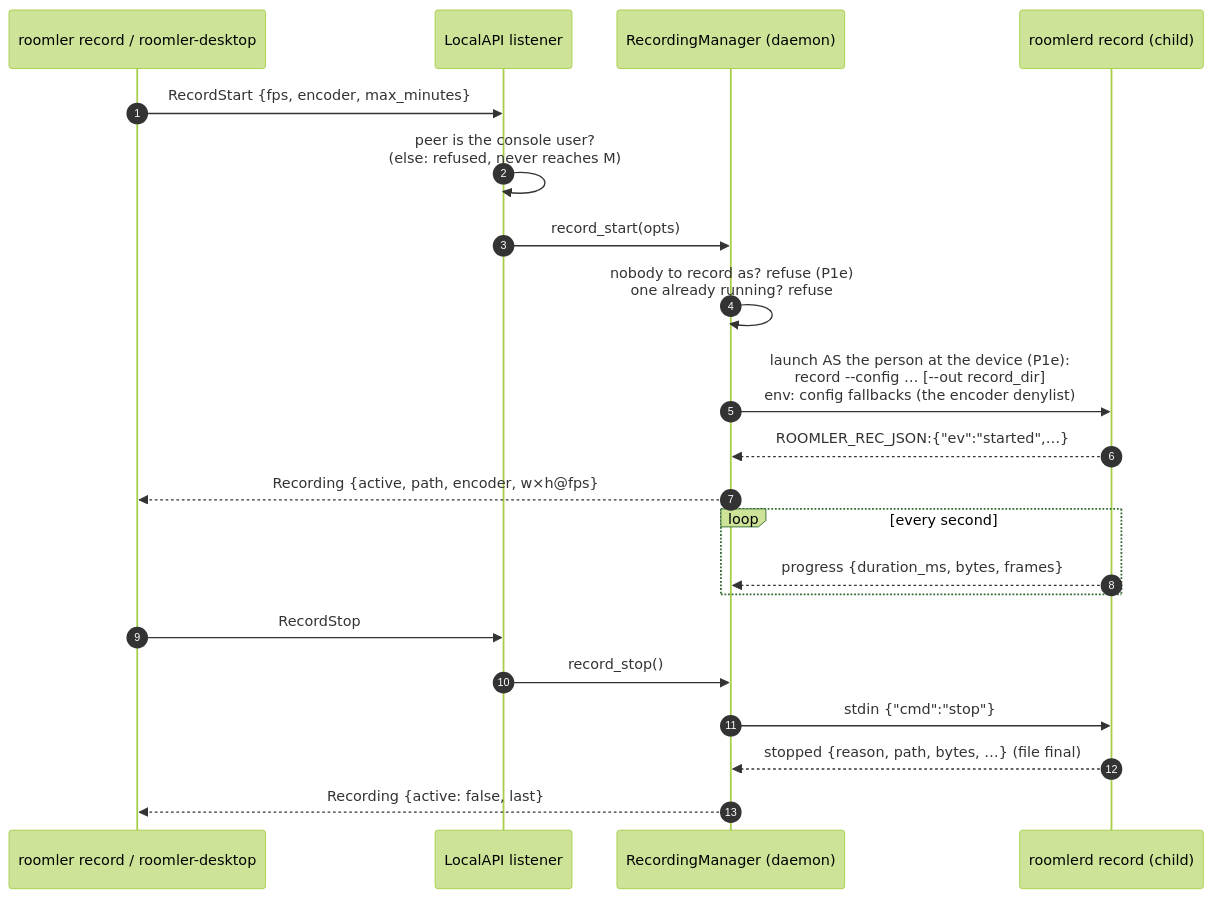
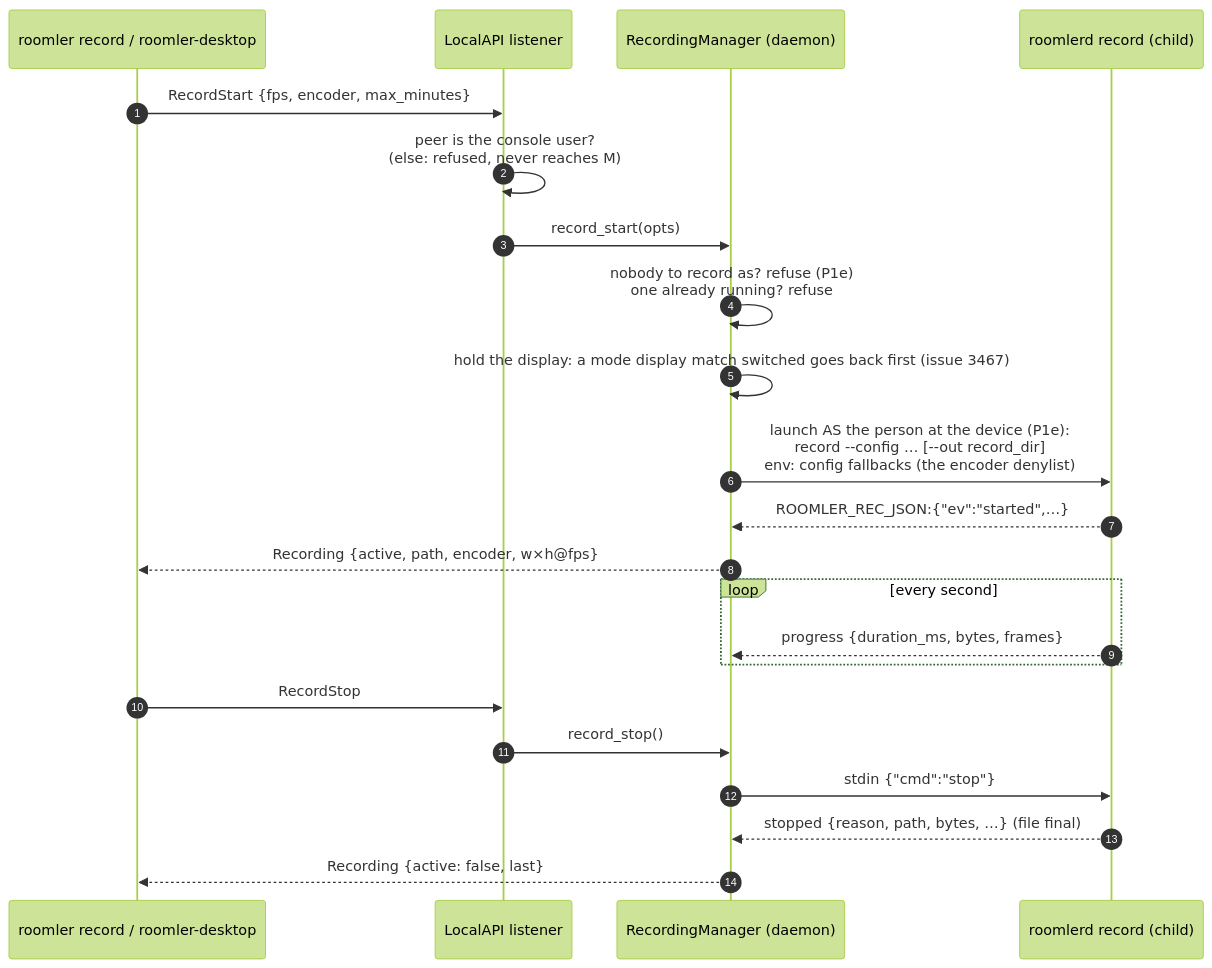
One commit to gjovanov/roomler-ai changed the fifth of 15 diagrams in docs/recording.md. Above: the diagram before and after it, drawn with Mermaid (forest theme). The commit also changed other lines of this file and 3 other files, not shown here.

First line of the commit message:
docs(display-match): a recording holds the display (FR-108 P1c, #3467)

````diff
--- a/docs/recording.md
+++ b/docs/recording.md
@@ -429,23 +432,24 @@
 ```mermaid
 sequenceDiagram
     autonumber
     participant C as roomler record / roomler-desktop
     participant L as LocalAPI listener
     participant M as RecordingManager (daemon)
     participant R as roomlerd record (child)
     C->>L: RecordStart {fps, encoder, max_minutes}
     L->>L: peer is the console user?<br/>(else: refused, never reaches M)
     L->>M: record_start(opts)
     M->>M: nobody to record as? refuse (P1e)<br/>one already running? refuse
+    M->>M: hold the display: a mode display match switched goes back first (issue 3467)
     M->>R: launch AS the person at the device (P1e):<br/>record --config … [--out record_dir]<br/>env: config fallbacks (the encoder denylist)
     R-->>M: ROOMLER_REC_JSON:{"ev":"started",…}
     M-->>C: Recording {active, path, encoder, w×h@fps}
     loop every second
         R-->>M: progress {duration_ms, bytes, frames}
     end
     C->>L: RecordStop
     L->>M: record_stop()
     M->>R: stdin {"cmd":"stop"}
     R-->>M: stopped {reason, path, bytes, …} (file final)
     M-->>C: Recording {active: false, last}
 ```
````
